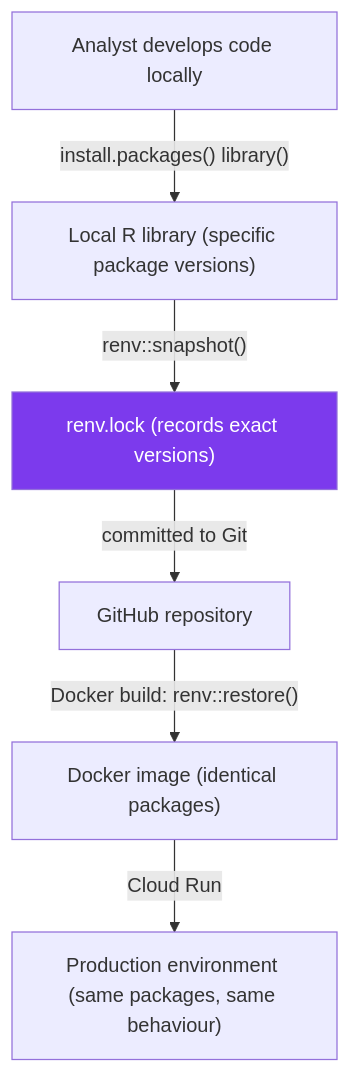
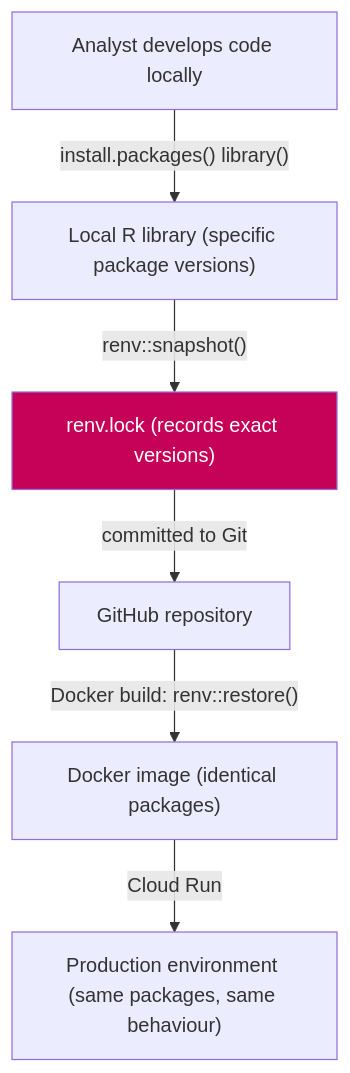
The first of 2 diagrams in docs/version-management.md (Ch3w3y/docker_gcp), drawn with Mermaid before and after one commit. The commit also changed other lines of this file and 11 other files, not shown here.

First line of the commit message:
Fix/mermaid contrast and linebreaks (#17)

````diff
--- a/docs/version-management.md
+++ b/docs/version-management.md
@@ -35,11 +35,11 @@
 ```mermaid
 flowchart TD
     DEV["Analyst develops code locally"]
     DEV -->|"install.packages() library()"| LOCAL_LIB["Local R library (specific package versions)"]
     LOCAL_LIB -->|"renv::snapshot()"| LOCK["renv.lock (records exact versions)"]
     LOCK -->|"committed to Git"| GITHUB["GitHub repository"]
     GITHUB -->|"Docker build: renv::restore()"| IMAGE["Docker image (identical packages)"]
     IMAGE -->|"Cloud Run"| PROD["Production environment (same packages, same behaviour)"]
 
-    style LOCK fill:#7c3aed,color:#fff
+    style LOCK fill:#c60158,color:#ffffff
 ```
````
